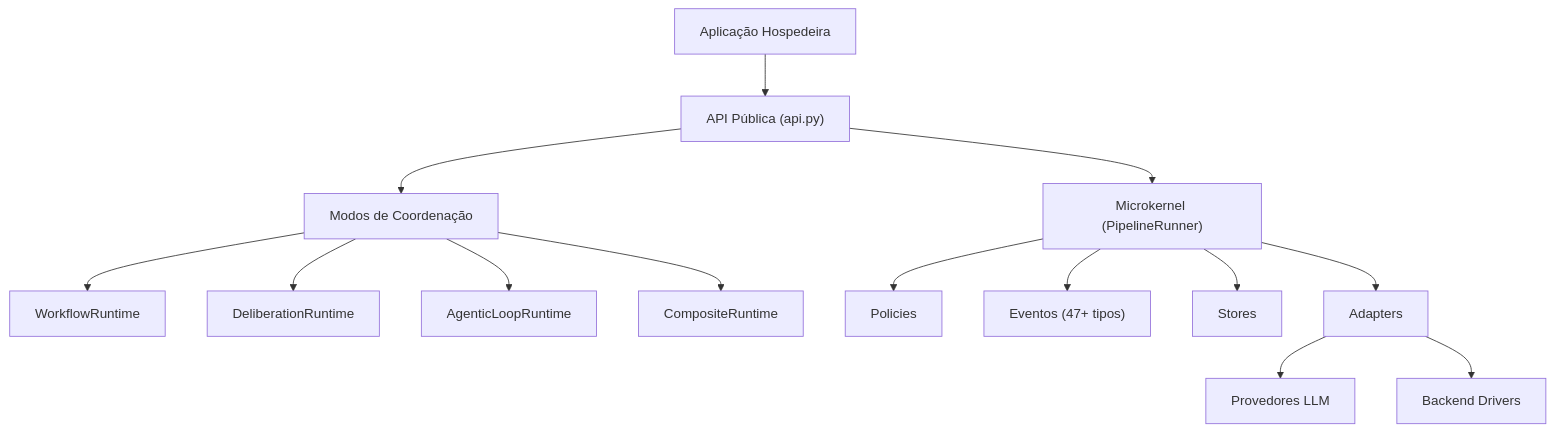
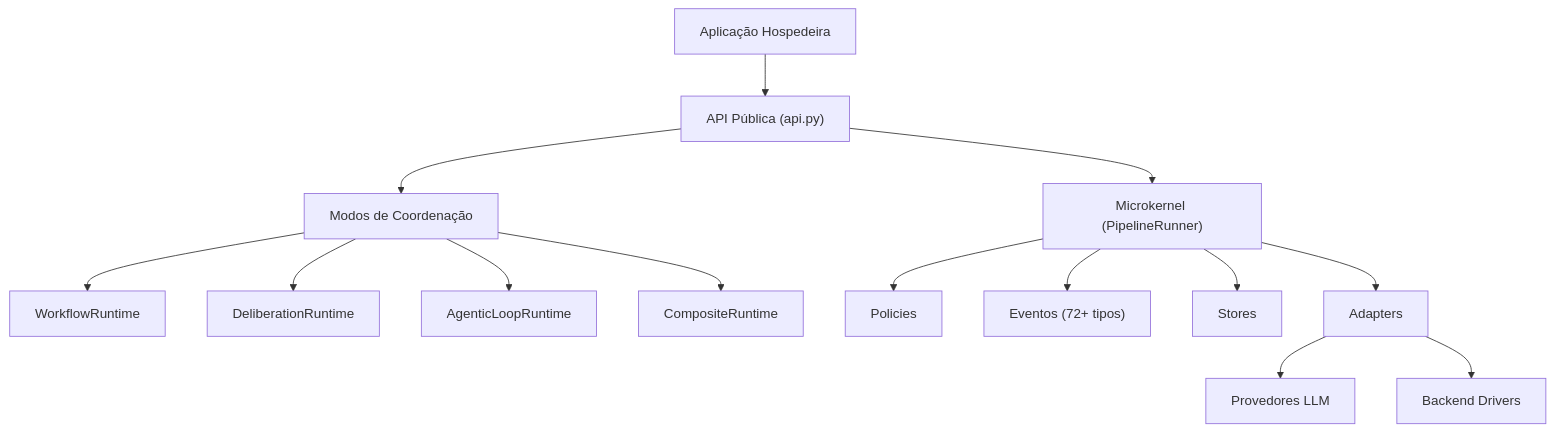
The diagram in docs/pt/architecture/README.md (brunocapelao/miniAutoGen), drawn with Mermaid before and after one commit. The commit also changed other lines of this file and 8 other files, not shown here.

First line of the commit message:
docs: align architecture docs with implementation reality

````diff
--- a/docs/pt/architecture/README.md
+++ b/docs/pt/architecture/README.md
@@ -57,16 +57,16 @@
 ```mermaid
 flowchart TB
     App["Aplicação Hospedeira"] --> API["API Pública (api.py)"]
     API --> Modes["Modos de Coordenação"]
     API --> Kernel["Microkernel (PipelineRunner)"]
     Modes --> WF["WorkflowRuntime"]
     Modes --> DL["DeliberationRuntime"]
     Modes --> AL["AgenticLoopRuntime"]
     Modes --> CR["CompositeRuntime"]
     Kernel --> Policies["Policies"]
-    Kernel --> Events["Eventos (47+ tipos)"]
+    Kernel --> Events["Eventos (72+ tipos)"]
     Kernel --> Stores["Stores"]
     Kernel --> Adapters["Adapters"]
     Adapters --> LLM["Provedores LLM"]
     Adapters --> Backends["Backend Drivers"]
 ```
````
